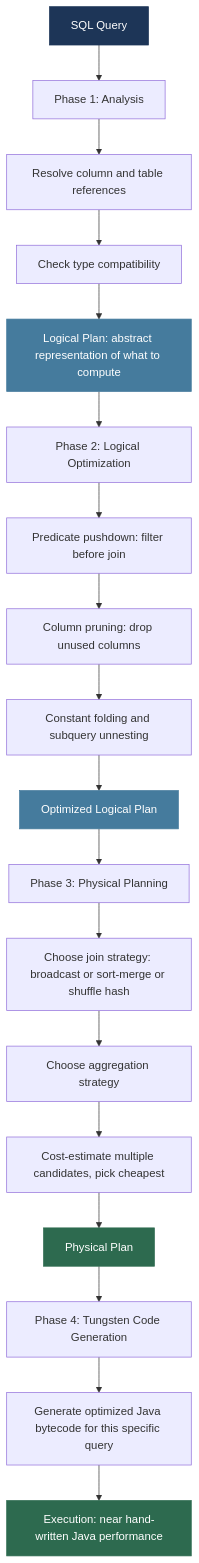
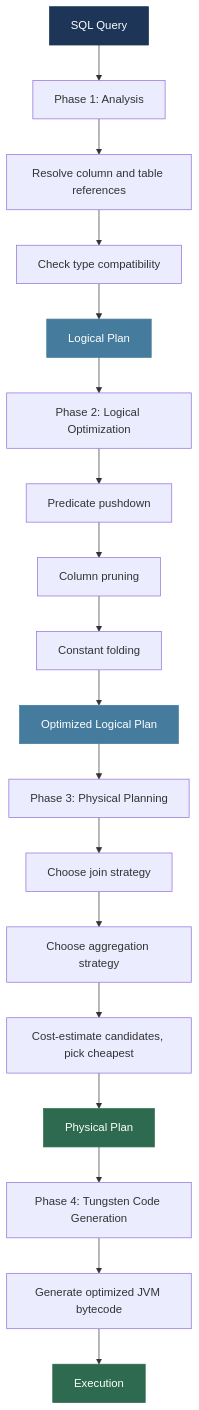
Before and after one commit to MuhammadTahaNasir/Big-Data-Analytics-Notes: diagram 13 of 16 in Week3/Lecture3_Partitioning_Sharding_Caching_QueryOpt.md, drawn with Mermaid. The commit also changed other lines of this file, not shown here.

````diff
--- a/Week3/Lecture3_Partitioning_Sharding_Caching_QueryOpt.md
+++ b/Week3/Lecture3_Partitioning_Sharding_Caching_QueryOpt.md
@@ -471,29 +475,29 @@
 ```mermaid
 flowchart TD
     SQL2[SQL Query] --> ANA[Phase 1: Analysis]
     ANA --> ANA1[Resolve column and table references]
     ANA1 --> ANA2[Check type compatibility]
-    ANA2 --> LP[Logical Plan: abstract representation of what to compute]
+    ANA2 --> LP[Logical Plan]
 
     LP --> LO[Phase 2: Logical Optimization]
-    LO --> LO1[Predicate pushdown: filter before join]
-    LO1 --> LO2[Column pruning: drop unused columns]
-    LO2 --> LO3[Constant folding and subquery unnesting]
+    LO --> LO1[Predicate pushdown]
+    LO1 --> LO2[Column pruning]
+    LO2 --> LO3[Constant folding]
     LO3 --> OLP[Optimized Logical Plan]
 
     OLP --> PP[Phase 3: Physical Planning]
-    PP --> PP1[Choose join strategy: broadcast or sort-merge or shuffle hash]
+    PP --> PP1[Choose join strategy]
     PP1 --> PP2[Choose aggregation strategy]
-    PP2 --> PP3[Cost-estimate multiple candidates, pick cheapest]
+    PP2 --> PP3[Cost-estimate candidates, pick cheapest]
     PP3 --> PHYS[Physical Plan]
 
     PHYS --> TUN[Phase 4: Tungsten Code Generation]
-    TUN --> TUN1[Generate optimized Java bytecode for this specific query]
-    TUN1 --> EXEC2[Execution: near hand-written Java performance]
+    TUN --> TUN1[Generate optimized JVM bytecode]
+    TUN1 --> EXEC2[Execution]
 
     style SQL2 fill:#1d3557,color:#fff,stroke:#1d3557
     style LP fill:#457b9d,color:#fff,stroke:#457b9d
     style OLP fill:#457b9d,color:#fff,stroke:#457b9d
     style PHYS fill:#2d6a4f,color:#fff,stroke:#2d6a4f
     style EXEC2 fill:#2d6a4f,color:#fff,stroke:#2d6a4f
 ```
````
